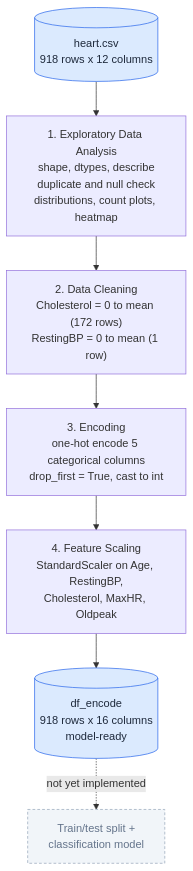
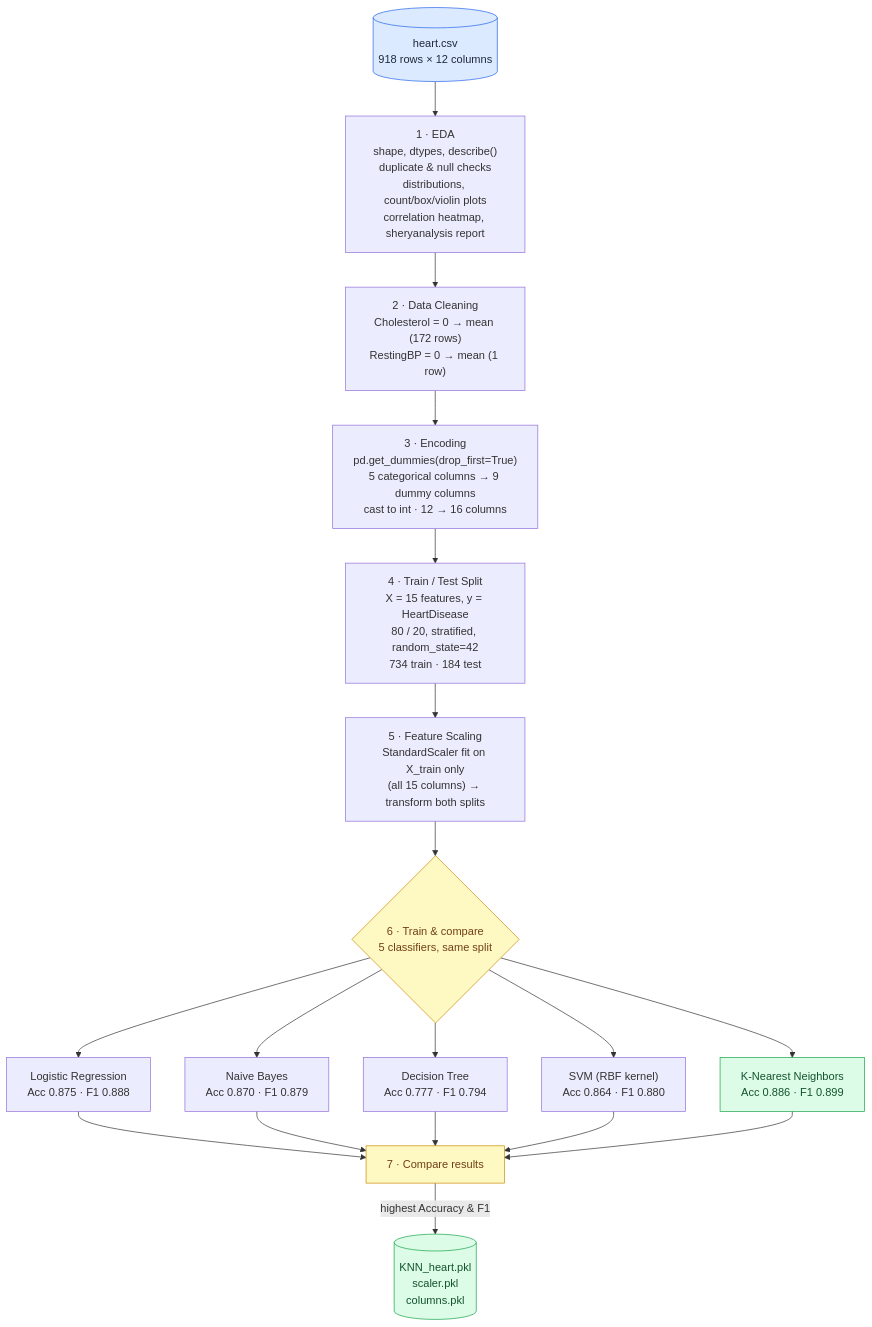
One commit to Ayush-aw4/heart-disease-model changed the first of 3 diagrams in README.md. Above: the diagram before and after it, drawn with Mermaid. The commit also changed other lines of this file, not shown here.

First line of the commit message:
Revise README for heart disease prediction project

````diff
--- a/README.md
+++ b/README.md
@@ -85,13 +94,23 @@
 ```mermaid
 flowchart TD
-    A[("heart.csv<br/>918 rows x 12 columns")] --> B["1. Exploratory Data Analysis<br/>shape, dtypes, describe<br/>duplicate and null check<br/>distributions, count plots, heatmap"]
-    B --> C["2. Data Cleaning<br/>Cholesterol = 0 to mean (172 rows)<br/>RestingBP = 0 to mean (1 row)"]
-    C --> D["3. Encoding<br/>one-hot encode 5 categorical columns<br/>drop_first = True, cast to int"]
-    D --> E["4. Feature Scaling<br/>StandardScaler on Age, RestingBP,<br/>Cholesterol, MaxHR, Oldpeak"]
-    E --> F[("df_encode<br/>918 rows x 16 columns<br/>model-ready")]
-    F -.->|not yet implemented| G["Train/test split +<br/>classification model"]
+    A[("heart.csv<br/>918 rows × 12 columns")] --> B["1 · EDA<br/>shape, dtypes, describe()<br/>duplicate &amp; null checks<br/>distributions, count/box/violin plots<br/>correlation heatmap, sheryanalysis report"]
+    B --> C["2 · Data Cleaning<br/>Cholesterol = 0 → mean (172 rows)<br/>RestingBP = 0 → mean (1 row)"]
+    C --> D["3 · Encoding<br/>pd.get_dummies(drop_first=True)<br/>5 categorical columns → 9 dummy columns<br/>cast to int · 12 → 16 columns"]
+    D --> E["4 · Train / Test Split<br/>X = 15 features, y = HeartDisease<br/>80 / 20, stratified, random_state=42<br/>734 train · 184 test"]
+    E --> F["5 · Feature Scaling<br/>StandardScaler fit on X_train only<br/>(all 15 columns) → transform both splits"]
+    F --> G{"6 · Train &amp; compare<br/>5 classifiers, same split"}
+    G --> G1["Logistic Regression<br/>Acc 0.875 · F1 0.888"]
+    G --> G2["K-Nearest Neighbors<br/>Acc 0.886 · F1 0.899"]
+    G --> G3["Naive Bayes<br/>Acc 0.870 · F1 0.879"]
+    G --> G4["Decision Tree<br/>Acc 0.777 · F1 0.794"]
+    G --> G5["SVM (RBF kernel)<br/>Acc 0.864 · F1 0.880"]
+    G1 & G3 & G4 & G5 --> H["7 · Compare results"]
+    G2 --> H
+    H -->|"highest Accuracy &amp; F1"| I[("KNN_heart.pkl<br/>scaler.pkl<br/>columns.pkl")]
 
     style A fill:#dbeafe,stroke:#2563eb,color:#1e293b
-    style F fill:#dbeafe,stroke:#2563eb,color:#1e293b
-    style G fill:#f1f5f9,stroke:#94a3b8,stroke-dasharray: 4 3,color:#64748b
+    style I fill:#dcfce7,stroke:#16a34a,color:#14532d
+    style G2 fill:#dcfce7,stroke:#16a34a,color:#14532d
+    style G fill:#fef9c3,stroke:#ca8a04,color:#713f12
+    style H fill:#fef9c3,stroke:#ca8a04,color:#713f12
 ```
````
